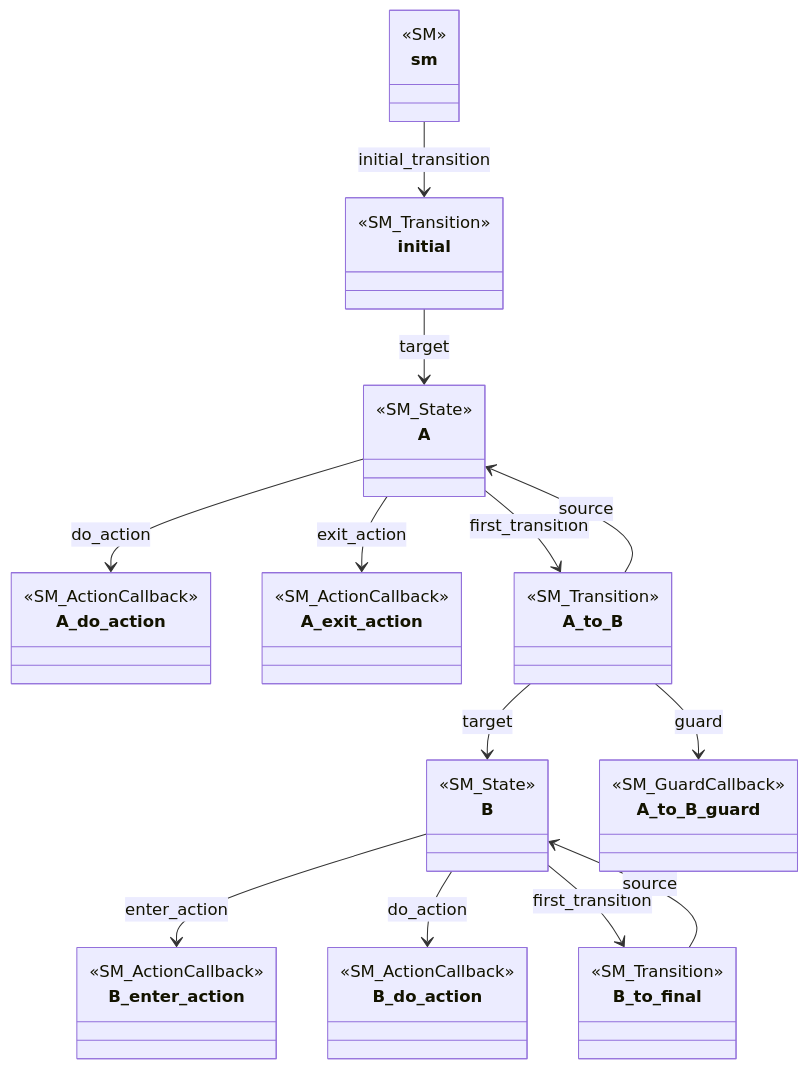
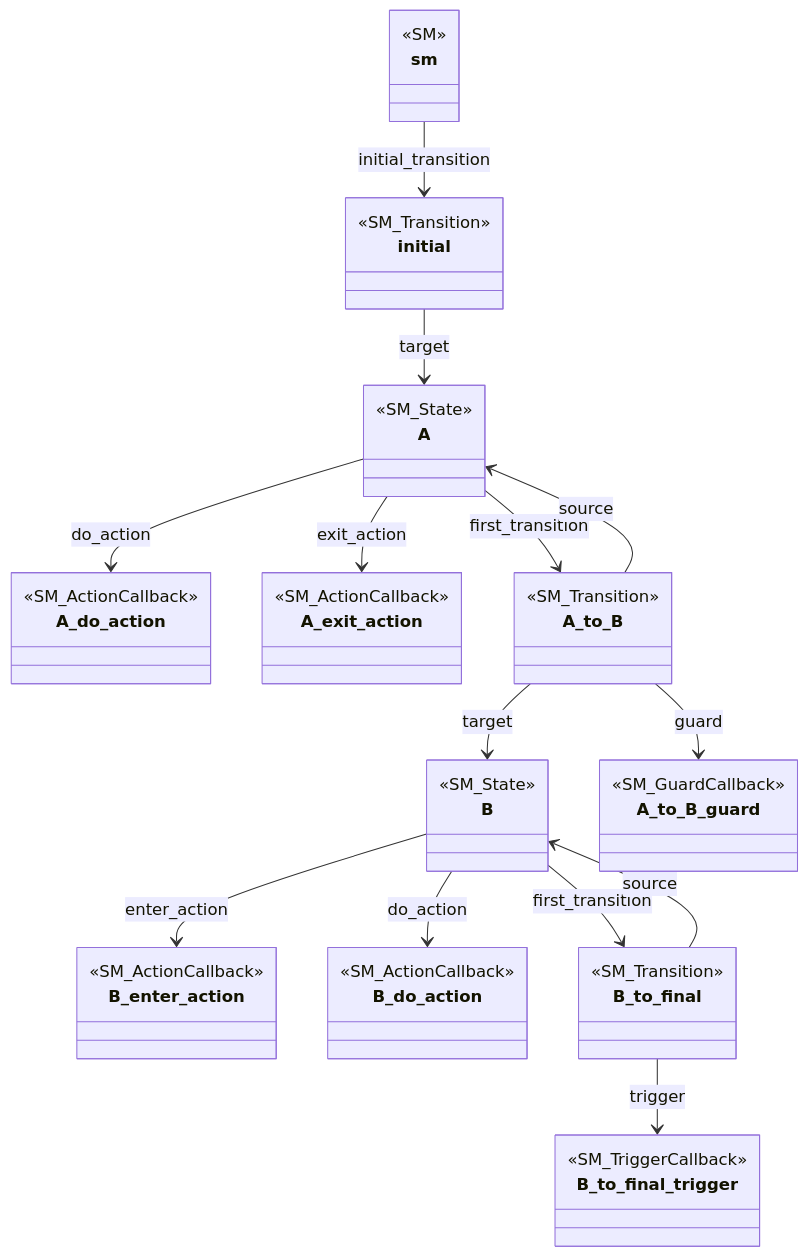
One commit to Stemt/sm.h changed the second of 4 diagrams in README.md. Above: the diagram before and after it, drawn with Mermaid.

Commit message:
added missing trigger in diagram

````diff
--- a/README.md
+++ b/README.md
@@ -279,47 +279,51 @@
 ```mermaid
 classDiagram
   class sm
   <<SM>> sm
   sm --> initial : initial_transition
 
   class initial
   <<SM_Transition>> initial
   initial --> A : target
   
   class A
   <<SM_State>> A
 
   class A_do_action
   <<SM_ActionCallback>> A_do_action
   A --> A_do_action : do_action
 
   class A_exit_action
   <<SM_ActionCallback>> A_exit_action
   A --> A_exit_action : exit_action
 
   class A_to_B
   <<SM_Transition>> A_to_B
   A --> A_to_B : first_transition
   A_to_B --> A : source
   A_to_B --> B : target
 
   class A_to_B_guard
   <<SM_GuardCallback>> A_to_B_guard
   A_to_B --> A_to_B_guard : guard
   
   class B
   <<SM_State>> B
   B --> B_enter_action : enter_action
   B --> B_do_action : do_action
 
   class B_enter_action
   <<SM_ActionCallback>> B_enter_action
   class B_do_action
   <<SM_ActionCallback>> B_do_action
 
   class B_to_final
   <<SM_Transition>> B_to_final
   B --> B_to_final : first_transition
   B_to_final --> B : source
+  B_to_final --> B_to_final_trigger : trigger
+
+  class B_to_final_trigger
+  <<SM_TriggerCallback>> B_to_final_trigger
 
 ```
````
